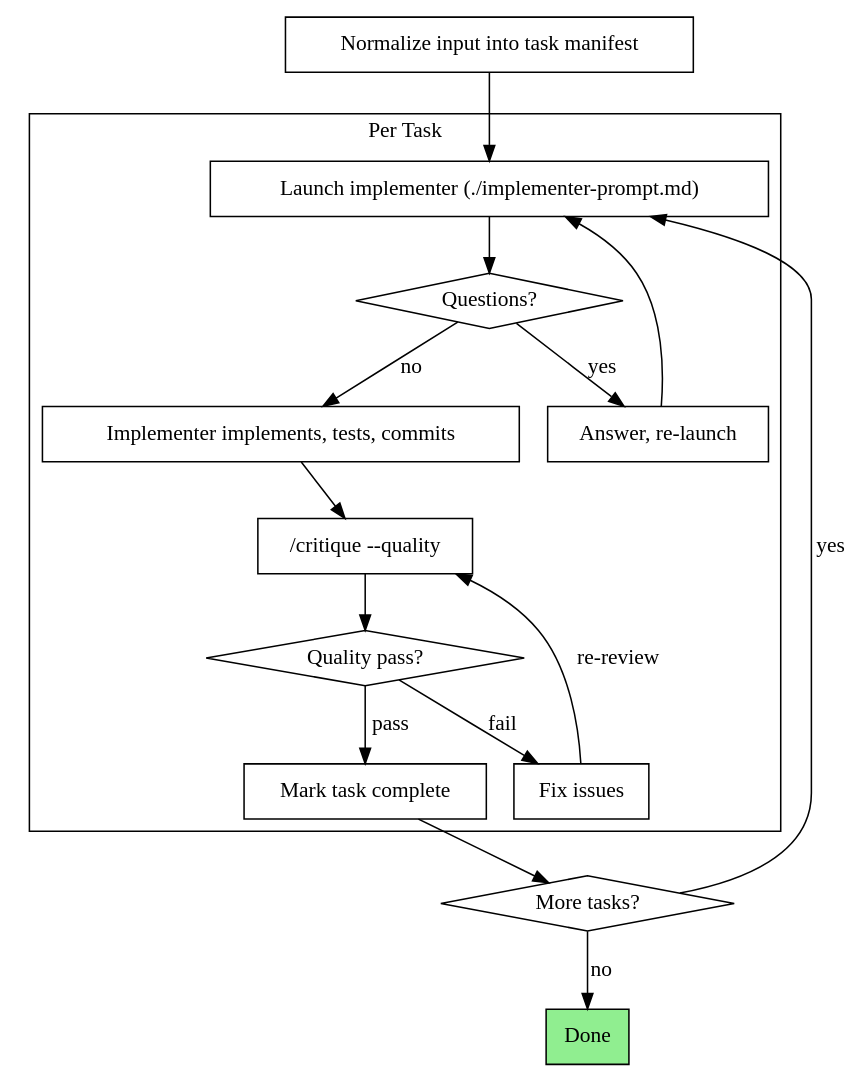
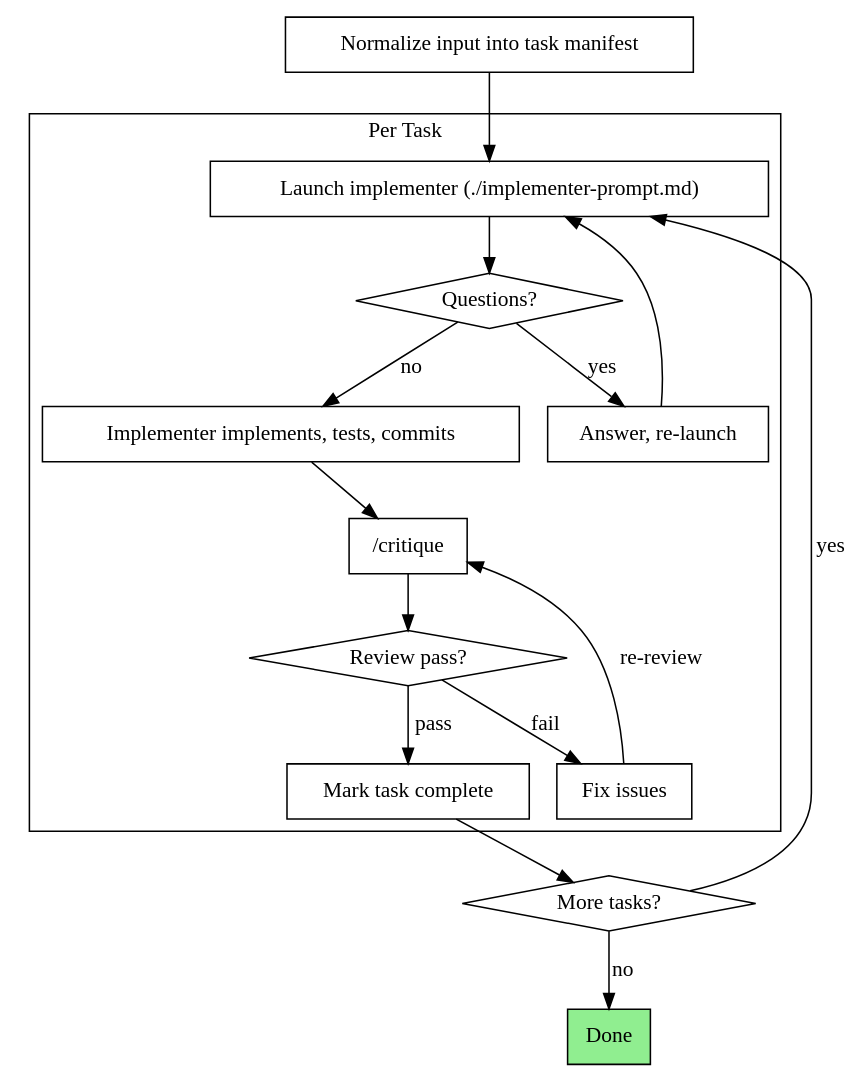
The diagram in skills/planning/SKILL.md (qyhfrank/agentic-harness), drawn with Graphviz before and after one commit. The commit also changed other lines of this file and 1 other file, not shown here.

Commit message:
refactor(critique): remove all flags, auto-detect review target
/critique now takes zero flags. Agent detects whether the input is code
changes or a plan artifact and applies the appropriate checklist. Update
planning skill to use bare /critique.

````diff
--- a/skills/planning/SKILL.md
+++ b/skills/planning/SKILL.md
@@ -71,32 +71,32 @@
 ```dot
 digraph process {
     rankdir=TB;
     subgraph cluster_per_task {
         label="Per Task";
         "Launch implementer (./implementer-prompt.md)" [shape=box];
         "Questions?" [shape=diamond];
         "Answer, re-launch" [shape=box];
         "Implementer implements, tests, commits" [shape=box];
-        "/critique --quality" [shape=box];
-        "Quality pass?" [shape=diamond];
+        "/critique" [shape=box];
+        "Review pass?" [shape=diamond];
         "Fix issues" [shape=box];
         "Mark task complete" [shape=box];
     }
     "Normalize input into task manifest" [shape=box];
     "More tasks?" [shape=diamond];
     "Done" [shape=box style=filled fillcolor=lightgreen];
     "Normalize input into task manifest" -> "Launch implementer (./implementer-prompt.md)";
     "Launch implementer (./implementer-prompt.md)" -> "Questions?";
     "Questions?" -> "Answer, re-launch" [label="yes"];
     "Answer, re-launch" -> "Launch implementer (./implementer-prompt.md)";
     "Questions?" -> "Implementer implements, tests, commits" [label="no"];
-    "Implementer implements, tests, commits" -> "/critique --quality";
-    "/critique --quality" -> "Quality pass?";
-    "Quality pass?" -> "Fix issues" [label="fail"];
-    "Fix issues" -> "/critique --quality" [label="re-review"];
-    "Quality pass?" -> "Mark task complete" [label="pass"];
+    "Implementer implements, tests, commits" -> "/critique";
+    "/critique" -> "Review pass?";
+    "Review pass?" -> "Fix issues" [label="fail"];
+    "Fix issues" -> "/critique" [label="re-review"];
+    "Review pass?" -> "Mark task complete" [label="pass"];
     "Mark task complete" -> "More tasks?";
     "More tasks?" -> "Launch implementer (./implementer-prompt.md)" [label="yes"];
     "More tasks?" -> "Done" [label="no"];
 }
 ```
````
